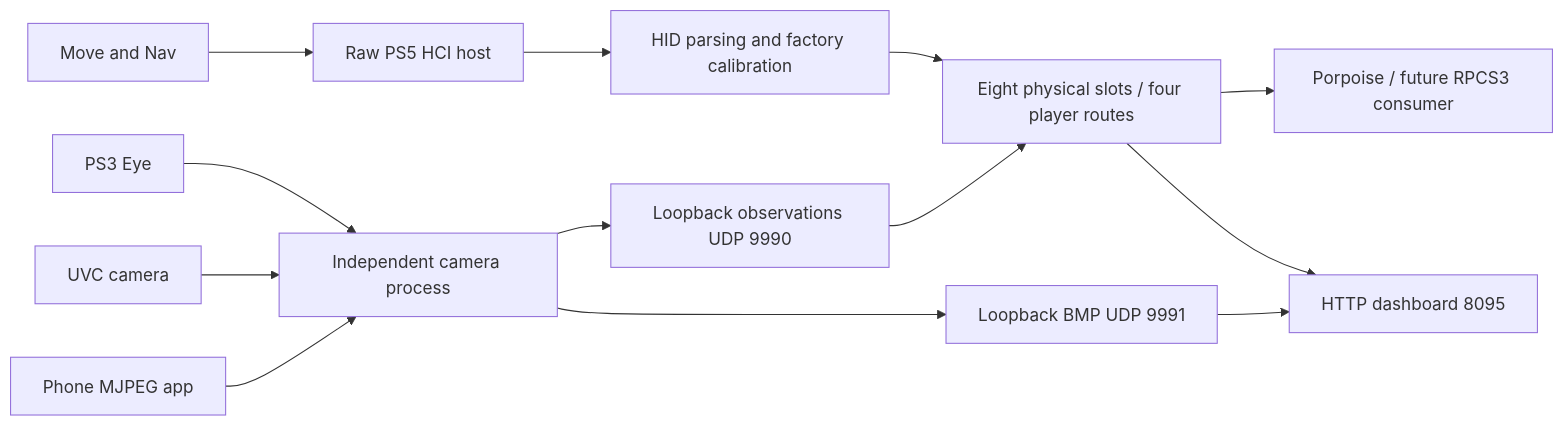
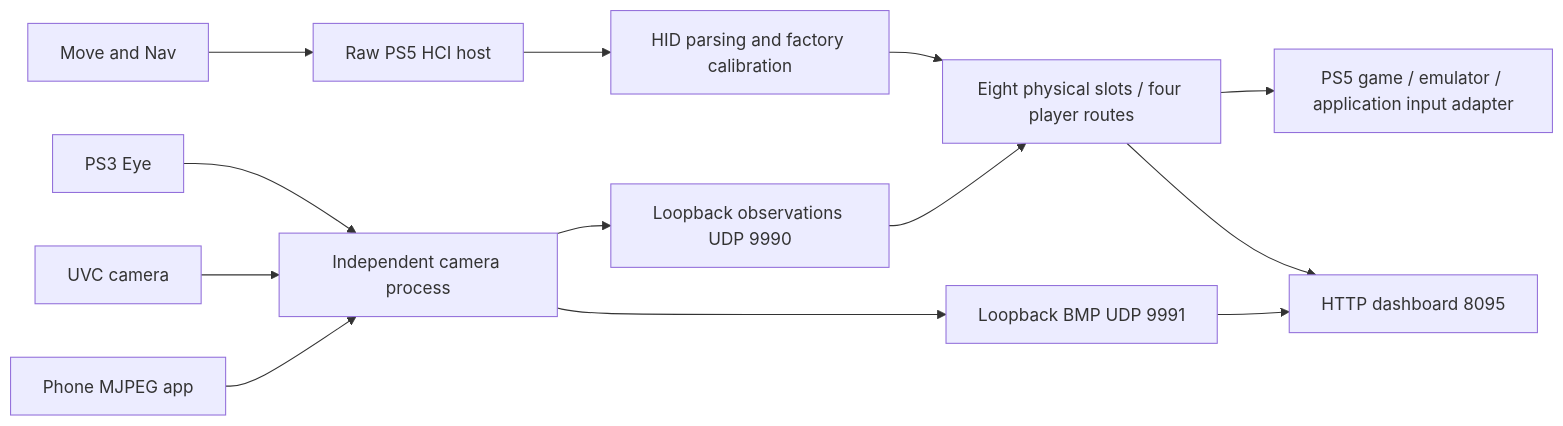
Before and after one commit to REXCRAFT88/Move-Management-PS5: the diagram in docs/ARCHITECTURE.md, drawn with Mermaid. The commit also changed other lines of this file and 30 other files, not shown here.

````diff
--- a/docs/ARCHITECTURE.md
+++ b/docs/ARCHITECTURE.md
@@ -3,15 +3,15 @@
 ```mermaid
 flowchart LR
   Controllers[Move and Nav] --> HCI[Raw PS5 HCI host]
   HCI --> Profiles[HID parsing and factory calibration]
   Profiles --> Routing[Eight physical slots / four player routes]
   Eye[PS3 Eye] --> Camera[Independent camera process]
   UVC[UVC camera] --> Camera
   Phone[Phone MJPEG app] --> Camera
   Camera --> Optical[Loopback observations UDP 9990]
   Optical --> Routing
-  Routing --> Consumer[Porpoise / future RPCS3 consumer]
+  Routing --> Consumer[PS5 game / emulator / application input adapter]
   Camera --> Preview[Loopback BMP UDP 9991]
   Preview --> Dashboard[HTTP dashboard 8095]
   Routing --> Dashboard
 ```
````
